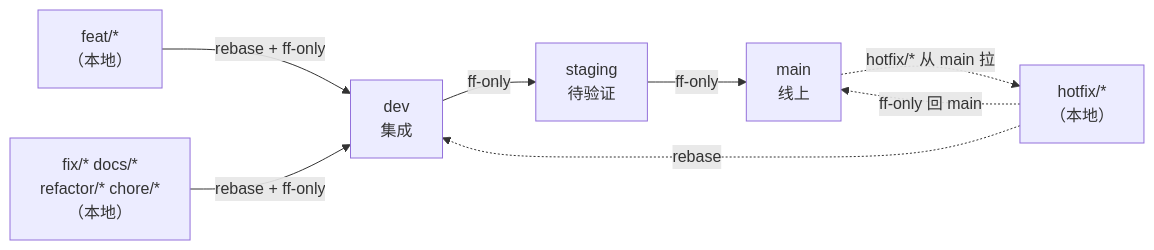
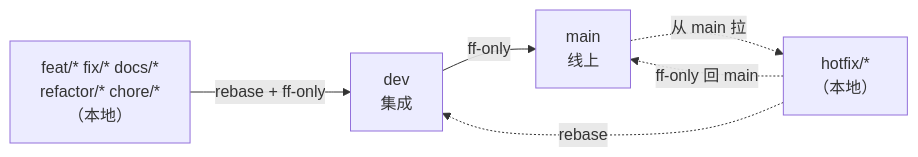
The diagram in docs/BRANCH_STRATEGY.md (xuyaxiong/sx-skills-online), drawn with Mermaid before and after one commit. The commit also changed other lines of this file and 1 other file, not shown here.

First line of the commit message:
docs: 分支策略去掉 staging，长期分支收敛为 main 与 dev

````diff
--- a/docs/BRANCH_STRATEGY.md
+++ b/docs/BRANCH_STRATEGY.md
@@ -35,14 +37,11 @@
 ```mermaid
 graph LR
     DEV["dev<br/>集成"]
-    STG["staging<br/>待验证"]
     MAIN["main<br/>线上"]
 
-    F1["feat/*<br/>（本地）"] -->|rebase + ff-only| DEV
-    F2["fix/* docs/*<br/>refactor/* chore/*<br/>（本地）"] -->|rebase + ff-only| DEV
-    DEV -->|ff-only| STG
-    STG -->|ff-only| MAIN
-    MAIN -.->|hotfix/* 从 main 拉| H["hotfix/*<br/>（本地）"]
+    F["feat/* fix/* docs/*<br/>refactor/* chore/*<br/>（本地）"] -->|rebase + ff-only| DEV
+    DEV -->|ff-only| MAIN
+    MAIN -.->|从 main 拉| H["hotfix/*<br/>（本地）"]
     H -.->|ff-only 回 main| MAIN
     H -.->|rebase| DEV
 ```
````
